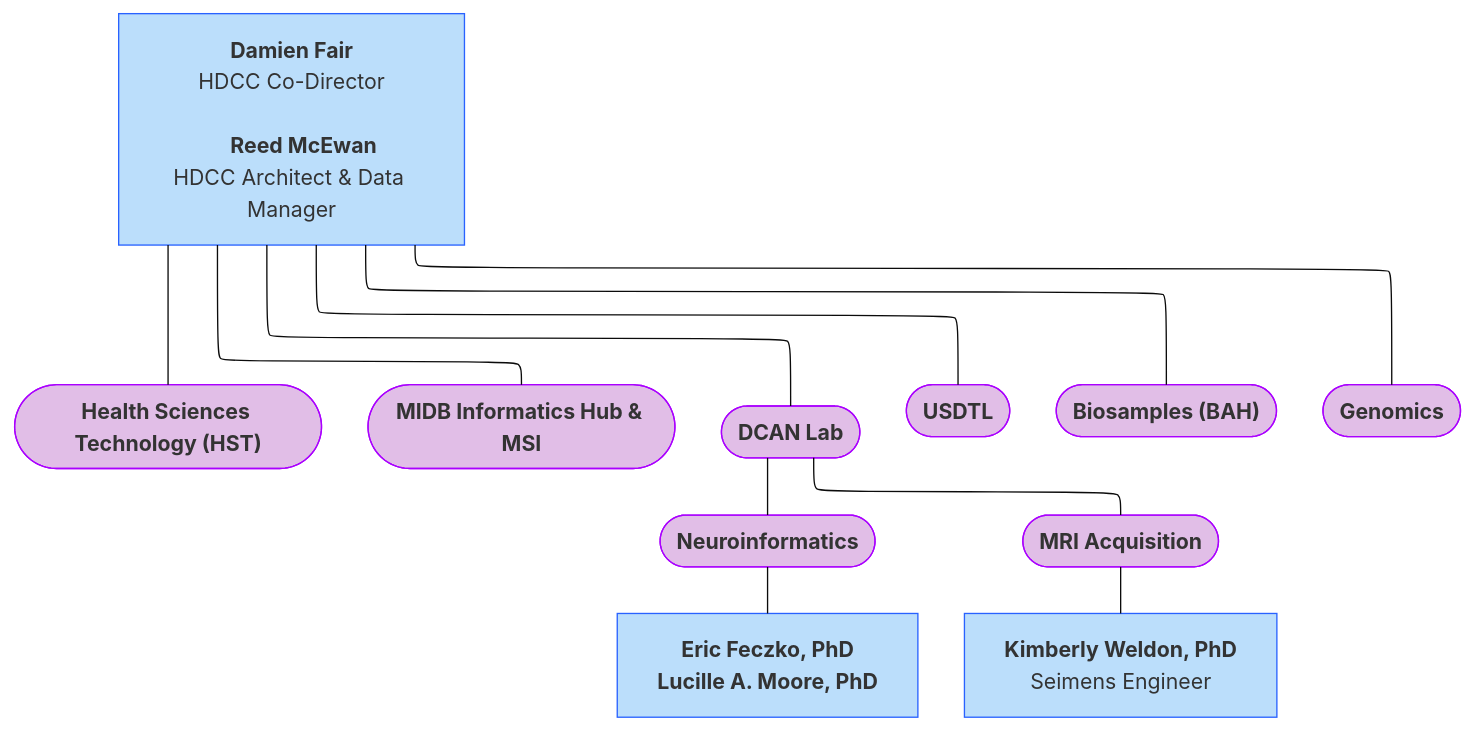
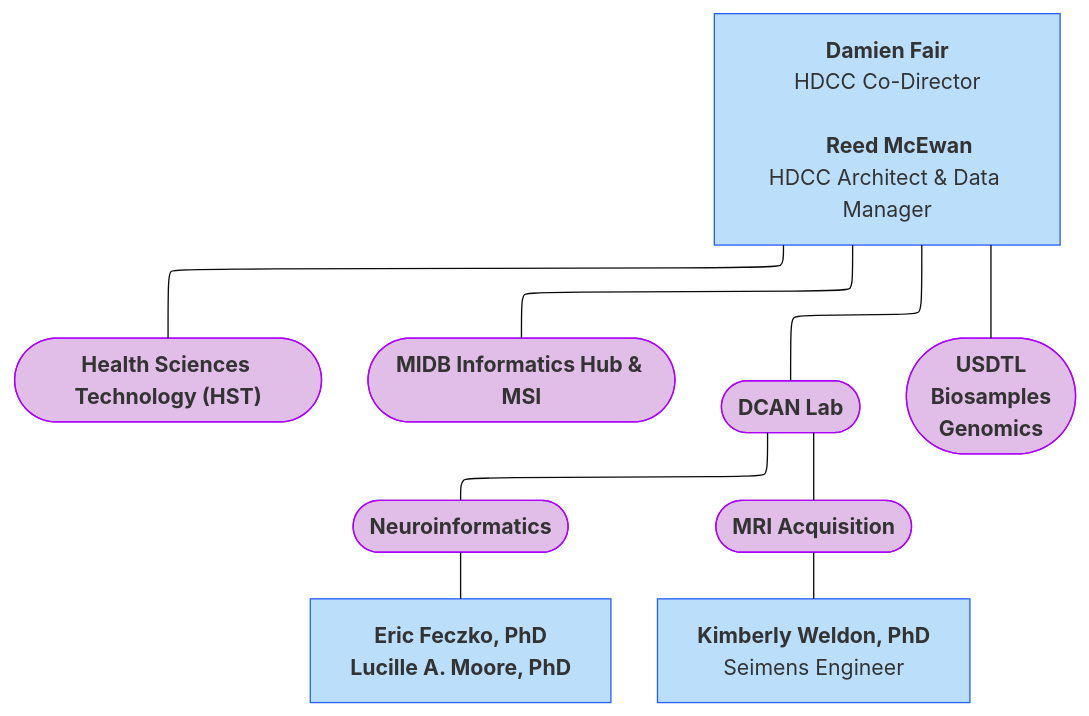
One commit to DCAN-Labs/hbcd-docs-internal changed the fifth of 10 diagrams in docs/orgcharts.md. Above: the diagram before and after it, drawn with Mermaid (base theme).

Commit message:
nest usdtl etc in umn org chart

````diff
--- a/docs/orgcharts.md
+++ b/docs/orgcharts.md
@@ -262,28 +262,24 @@
 ```mermaid
 ---
 config:
   layout: elk
 ---
 flowchart TB
     A1["<b>Damien Fair</b><br>HDCC Co-Director<br>
-    <b>Reed McEwan</b><br>HDCC Architect &amp; Data Manager"] --- HST(["<b>Health Sciences Technology (HST)</b><br>"]) & MIDB(["<b>MIDB Informatics Hub &amp; MSI</b><br>"]) & DCAN(["<b>DCAN Lab</b>"]) & USDTL(["<b>USDTL</b>"])
+    <b>Reed McEwan</b><br>HDCC Architect &amp; Data Manager"] --- HST(["<b>Health Sciences Technology (HST)</b><br>"]) & MIDB(["<b>MIDB Informatics Hub &amp; MSI</b><br>"]) & DCAN(["<b>DCAN Lab</b>"]) & n6(["<b>USDTL<br>Biosamples<br>Genomics</b>"])
     DCAN --- n1(["<b>Neuroinformatics</b>"]) & n2(["<b>MRI Acquisition</b>"])
     n1 --- n3["<b>Eric Feczko, PhD</b><br><b>Lucille A. Moore, PhD</b>"]
     n2 --- n4["<b>Kimberly Weldon, PhD</b><br>Seimens Engineer"]
-    A1 --- n5(["<b>Biosamples (BAH)</b>"]) & n6(["<b>Genomics</b>"])
     style A1 fill:#BBDEFB,stroke:#2962FF
     style HST fill:#E1BEE7,stroke:#AA00FF
     style MIDB fill:#E1BEE7,stroke:#AA00FF
     style DCAN fill:#E1BEE7,stroke:#AA00FF
-    style USDTL fill:#E1BEE7,stroke:#AA00FF
+    style n6 fill:#E1BEE7,stroke:#AA00FF
     style n1 fill:#E1BEE7,stroke:#AA00FF
     style n2 fill:#E1BEE7,stroke:#AA00FF
     style n3 fill:#BBDEFB,stroke:#2962FF
     style n4 fill:#BBDEFB,stroke:#2962FF
-    style n5 fill:#E1BEE7,stroke:#AA00FF
-    style n6 fill:#E1BEE7,stroke:#AA00FF
     click HST "#health-sciences-technology-hst"
     click MIDB "#midb-informatics-hub-msi"
     click DCAN "https://innovation.umn.edu/developmental-cognition-and-neuroimaging-lab"
-    click USDTL "https://www.usdtl.com/"
 ```
````
